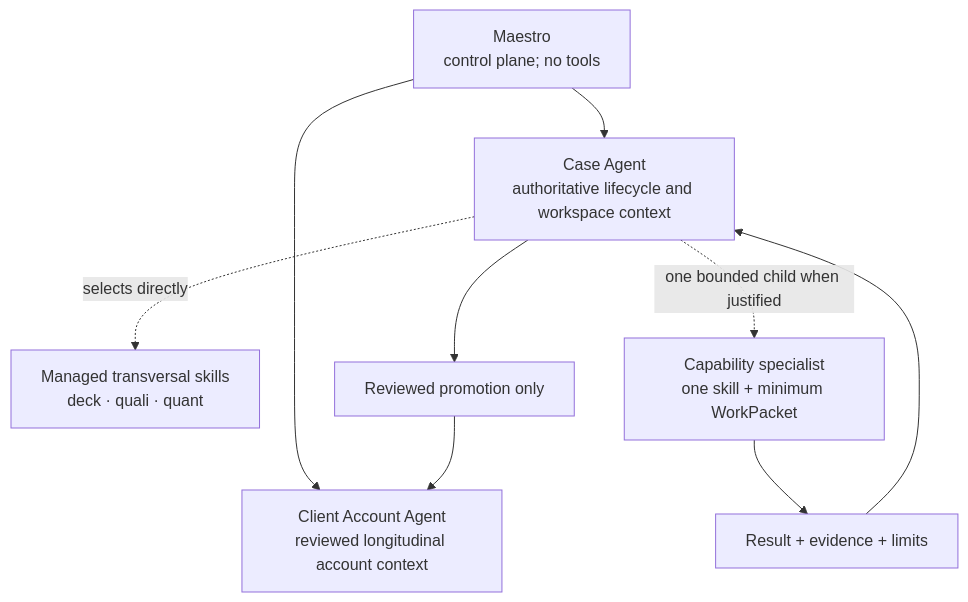
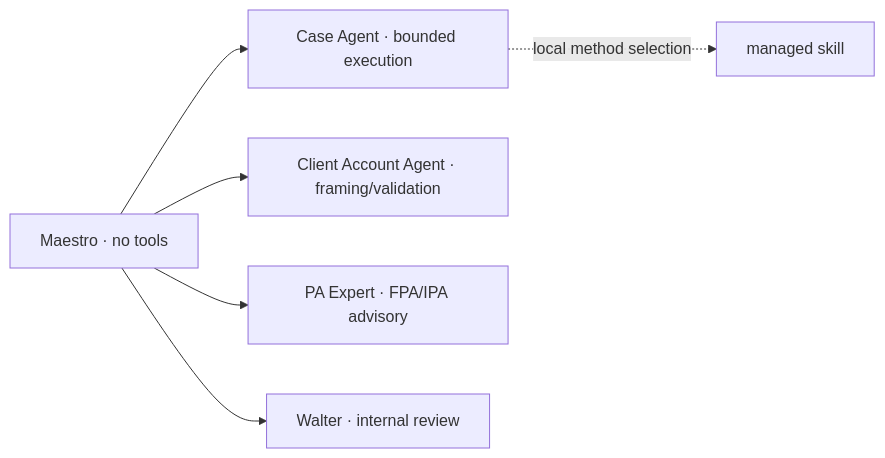
One commit to agentic-os-brasil/bcg-brasil-agentic-os changed the diagram in specs/034-vertical-agents-and-transversal-skills.md. Above: the diagram before and after it, drawn with Mermaid. The commit also changed other lines of this file and 59 other files, not shown here.

````diff
--- a/specs/034-vertical-agents-and-transversal-skills.md
+++ b/specs/034-vertical-agents-and-transversal-skills.md
@@ -23,11 +6,8 @@
 ```mermaid
-flowchart TD
-    M["Maestro\ncontrol plane; no tools"] --> A["Client Account Agent\nreviewed longitudinal account context"]
-    M --> C["Case Agent\nauthoritative lifecycle and workspace context"]
-    C -. "selects directly" .-> S["Managed transversal skills\ndeck · quali · quant"]
-    C -. "one bounded child when justified" .-> W["Capability specialist\none skill + minimum WorkPacket"]
-    W --> R["Result + evidence + limits"]
-    R --> C
-    C --> P["Reviewed promotion only"]
-    P --> A
+flowchart LR
+  M[Maestro · no tools] --> C[Case Agent · bounded execution]
+  M --> A[Client Account Agent · framing/validation]
+  M --> P[PA Expert · FPA/IPA advisory]
+  M --> W[Walter · internal review]
+  C -. local method selection .-> S[managed skill]
 ```
````
